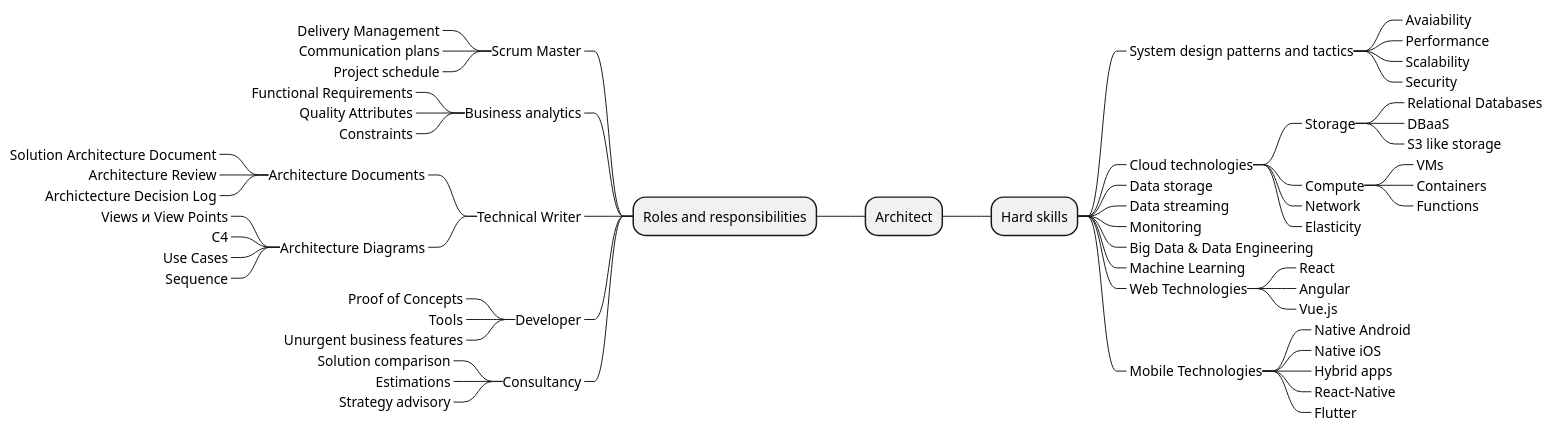
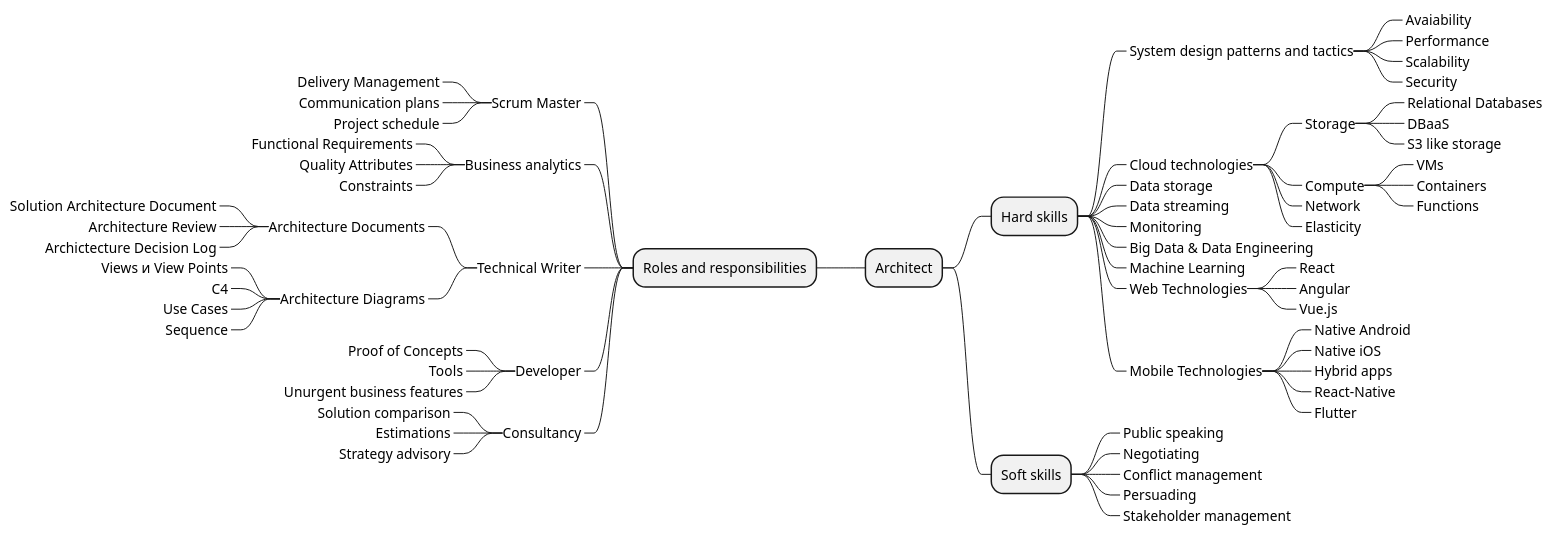
The diagram in roadmap-en.puml (vvsevolodovich/solution-architect-roadmap), drawn with PlantUML before and after one commit.

Commit message:
Adding soft skills

```diff
--- a/roadmap-en.puml
+++ b/roadmap-en.puml
@@ -1,70 +1,77 @@
 @startmindmap
 * Architect
 
 right side 
 
 ** Hard skills
 ***_ System design patterns and tactics
 ****_ Avaiability
 ****_ Performance
 ****_ Scalability
 ****_ Security
 ***_ Cloud technologies
 ****_ Storage
 *****_ Relational Databases
 *****_ DBaaS
 *****_ S3 like storage
 ****_ Compute
 *****_ VMs
 *****_ Containers
 *****_ Functions
 ****_ Network
 ****_ Elasticity
 ***_ Data storage
 ***_ Data streaming
 ***_ Monitoring
 ***_ Big Data & Data Engineering
 ***_ Machine Learning
 ***_ Web Technologies
 ****_ React
 ****_ Angular
 ****_ Vue.js
 ***_ Mobile Technologies
 ****_ Native Android
 ****_ Native iOS
 ****_ Hybrid apps
 ****_ React-Native
 ****_ Flutter
 
+** Soft skills
+***_ Public speaking
+***_ Negotiating
+***_ Conflict management
+***_ Persuading
+***_ Stakeholder management
+
 left side 
 
 ** Roles and responsibilities
 ***_ Scrum Master
 ****_ Delivery Management
 ****_ Communication plans
 ****_ Project schedule
 ***_ Business analytics
 ****_ Functional Requirements
 ****_ Quality Attributes
 ****_ Constraints
 ***_ Technical Writer
 ****_ Architecture Documents
 *****_ Solution Architecture Document
 *****_ Architecture Review
 *****_ Archictecture Decision Log
 ****_ Architecture Diagrams
 *****_ Views и View Points
 *****_ C4
 *****_ Use Cases
 *****_ Sequence
 ***_ Developer
 ****_ Proof of Concepts
 ****_ Tools
 ****_ Unurgent business features
 ***_ Consultancy
 ****_ Solution comparison
 ****_ Estimations
 ****_ Strategy advisory
 
 
 @endmindmap
```
